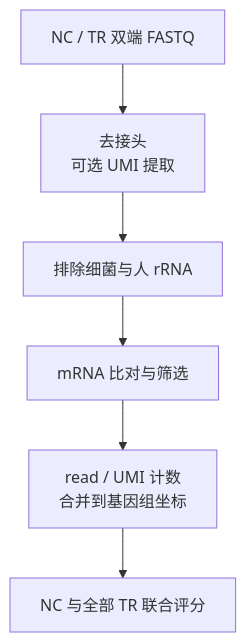
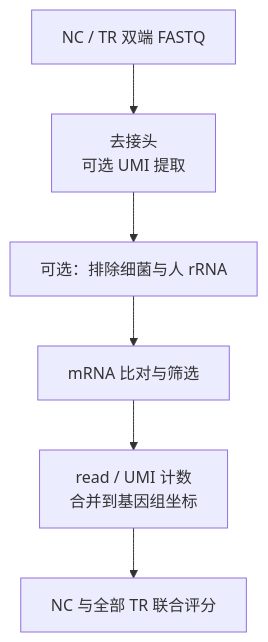
One commit to IvanWoo22/NJU_seq changed the diagram in README.zh-CN.md. Above: the diagram before and after it, drawn with Mermaid. The commit also changed other lines of this file and 21 other files, not shown here.

````diff
--- a/README.zh-CN.md
+++ b/README.zh-CN.md
@@ -18,8 +18,8 @@
 ```mermaid
 flowchart TD
   A["NC / TR 双端 FASTQ"] --> B["去接头<br/>可选 UMI 提取"]
-  B --> C["排除细菌与人 rRNA"]
+  B --> C["可选：排除细菌与人 rRNA"]
   C --> D["mRNA 比对与筛选"]
   D --> E["read / UMI 计数<br/>合并到基因组坐标"]
   E --> F["NC 与全部 TR 联合评分"]
 ```
````
